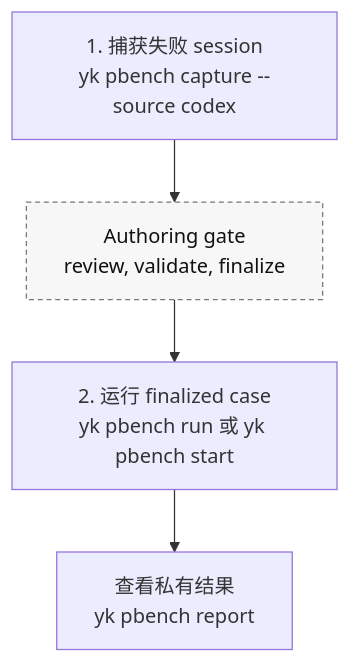
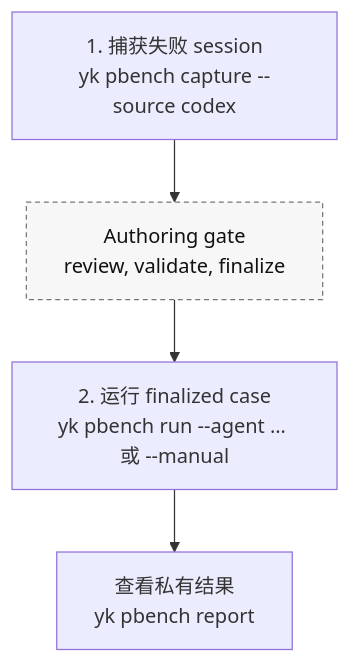
The diagram in docs/pbench.zh-CN.md (Yaphet2015/ya-skills), drawn with Mermaid before and after one commit. The commit also changed other lines of this file and 5 other files, not shown here.

Commit message:
docs(pbench): align cross-agent workflows

````diff
--- a/docs/pbench.zh-CN.md
+++ b/docs/pbench.zh-CN.md
@@ -61,11 +61,11 @@
 ```mermaid
 flowchart TD
   capture["1. 捕获失败 session<br/>yk pbench capture --source codex"]
   author["Authoring gate<br/>review, validate, finalize"]:::internal
-  run["2. 运行 finalized case<br/>yk pbench run 或 yk pbench start"]
+  run["2. 运行 finalized case<br/>yk pbench run --agent … 或 --manual"]
   report["查看私有结果<br/>yk pbench report"]
 
   capture --> author --> run --> report
 
   classDef internal fill:#f7f7f7,stroke:#777,color:#111,stroke-dasharray: 4 3
 ```
````
